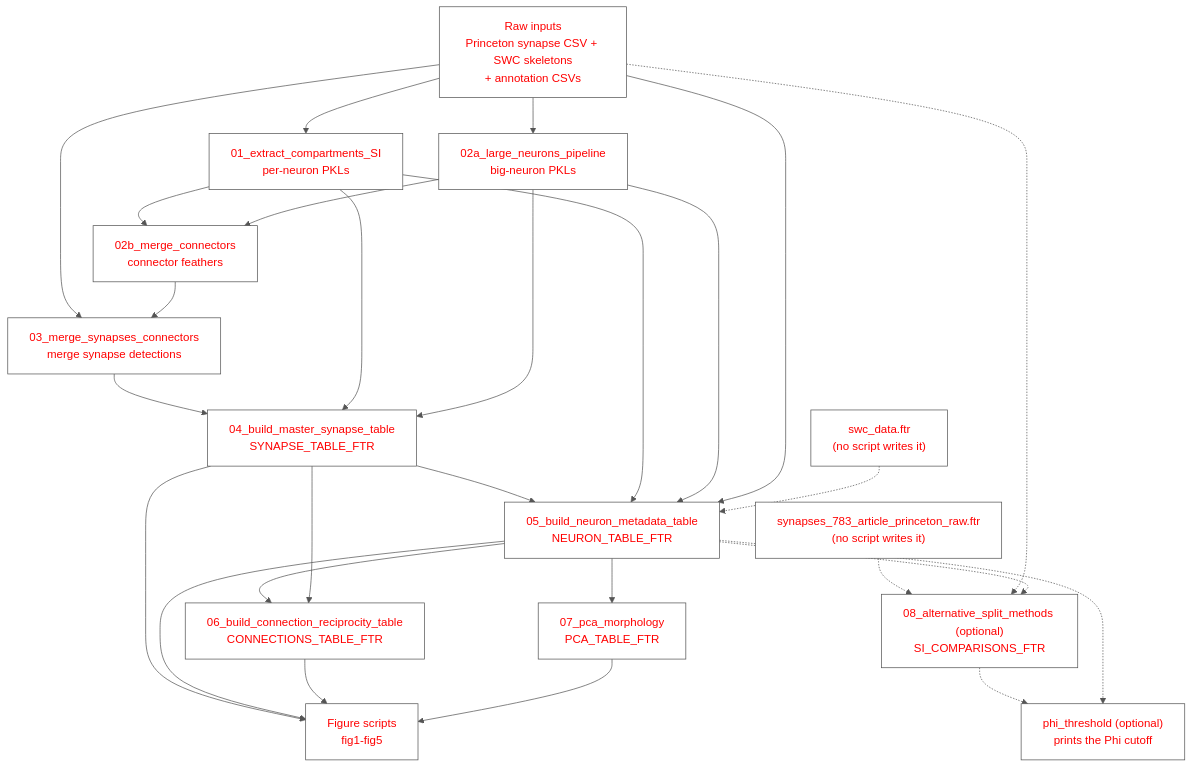
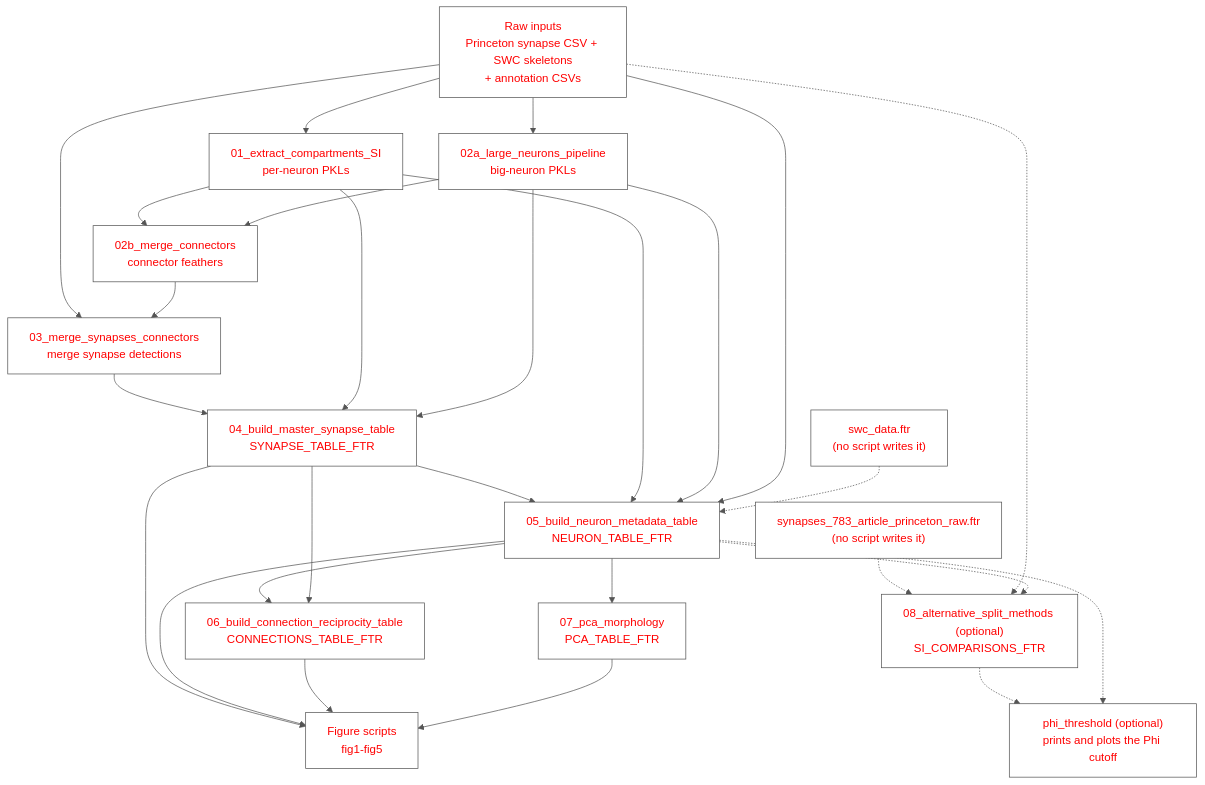
The diagram in docs/pipeline_overview.md (deutschlab/mixed-polarity-paper), drawn with Mermaid before and after one commit. The commit also changed other lines of this file and 2 other files, not shown here.

Commit message:
Plot the Phi threshold calibration and simplify its docs

````diff
--- a/docs/pipeline_overview.md
+++ b/docs/pipeline_overview.md
@@ -14,42 +14,42 @@
 ```mermaid
 %%{init: {'theme': 'base', 'themeVariables': {'primaryColor': '#ffffff', 'primaryTextColor': '#ff0000', 'primaryBorderColor': '#555555', 'lineColor': '#555555'}}}%%
 flowchart TD
     RAW["Raw inputs\nPrinceton synapse CSV + SWC skeletons\n+ annotation CSVs"]
     S01["01_extract_compartments_SI\nper-neuron PKLs"]
     S02A["02a_large_neurons_pipeline\nbig-neuron PKLs"]
     S02B["02b_merge_connectors\nconnector feathers"]
     S03["03_merge_synapses_connectors\nmerge synapse detections"]
     S04["04_build_master_synapse_table\nSYNAPSE_TABLE_FTR"]
     S05["05_build_neuron_metadata_table\nNEURON_TABLE_FTR"]
     S06["06_build_connection_reciprocity_table\nCONNECTIONS_TABLE_FTR"]
     S07["07_pca_morphology\nPCA_TABLE_FTR"]
     S08["08_alternative_split_methods (optional)\nSI_COMPARISONS_FTR"]
     FIGS["Figure scripts\nfig1-fig5"]
 
     RAW --> S01
     RAW --> S02A
     S01 --> S02B
     S02A --> S02B
     RAW --> S03
     S02B --> S03
     S03 --> S04
     S01 --> S04
     S02A --> S04
     S04 --> S05
     S01 --> S05
     S02A --> S05
     RAW --> S05
     S05 --> S06
     S04 --> S06
     S05 --> S07
     S04 --> FIGS
     S05 --> FIGS
     S06 --> FIGS
     S07 --> FIGS
     SYNRAW["synapses_783_article_princeton_raw.ftr\n(no script writes it)"] -.-> S08
     SWCDATA["swc_data.ftr\n(no script writes it)"] -.-> S05
     RAW -.-> S08
     S05 -.-> S08
-    S08 -.-> PHI["phi_threshold (optional)\nprints the Phi cutoff"]
+    S08 -.-> PHI["phi_threshold (optional)\nprints and plots the Phi cutoff"]
     S05 -.-> PHI
 ```
````
